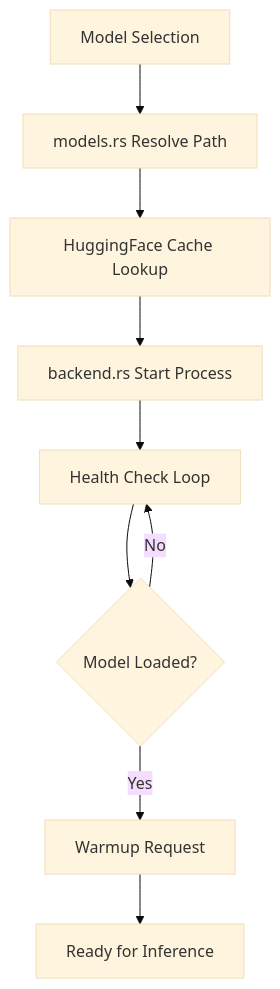
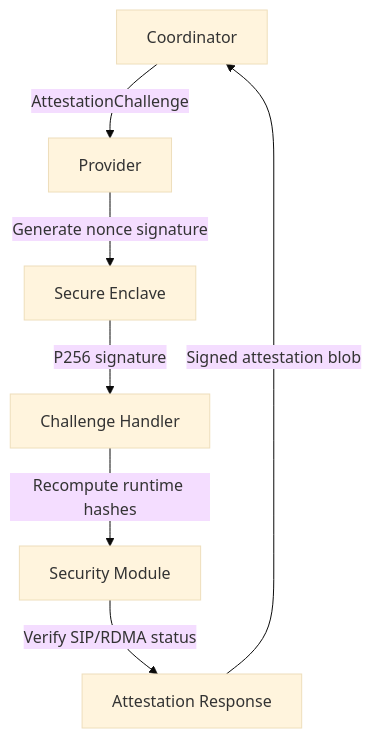
Before and after one commit to researchoors/knowledge-maintenance: the second of 3 diagrams in artifacts/d-inference/service_analyses/darkbloom.md, drawn with Mermaid (base theme). The commit also changed other lines of this file and 23 other files, not shown here.

````diff
--- a/artifacts/d-inference/service_analyses/darkbloom.md
+++ b/artifacts/d-inference/service_analyses/darkbloom.md
@@ -109,11 +81,9 @@
 ```mermaid
 graph TD
-    A[Model Selection] --> B[models.rs Resolve Path]
-    B --> C[HuggingFace Cache Lookup]
-    C --> D[backend.rs Start Process]
-    D --> E[Health Check Loop] 
-    E --> F{Model Loaded?}
-    F -->|No| E
-    F -->|Yes| G[Warmup Request]
-    G --> H[Ready for Inference]
+    A[Coordinator] -->|AttestationChallenge| B[Provider]
+    B -->|Generate nonce signature| C[Secure Enclave]
+    C -->|P256 signature| D[Challenge Handler]
+    D -->|Recompute runtime hashes| E[Security Module]
+    E -->|Verify SIP/RDMA status| F[Attestation Response]
+    F -->|Signed attestation blob| A
 ```
````
